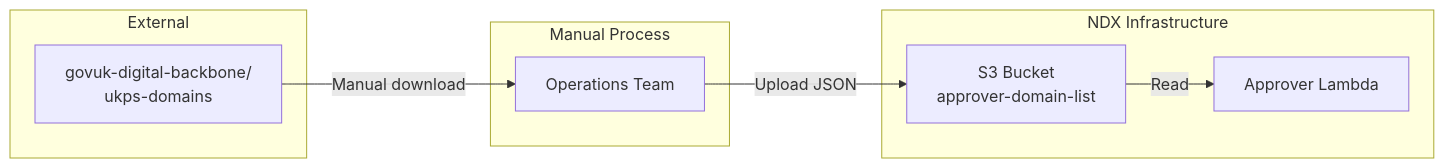
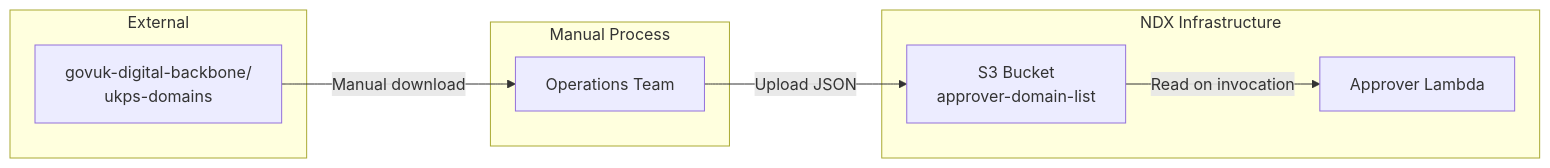
Before and after one commit to co-cddo/ndx-try-arch: the second of 4 diagrams in docs/71-external-integrations.md, drawn with Mermaid. The commit also changed other lines of this file and 41 other files, not shown here.

First line of the commit message:
docs: update NDX architecture documentation (#9)

````diff
--- a/docs/71-external-integrations.md
+++ b/docs/71-external-integrations.md
@@ -33,19 +69,19 @@
 ```mermaid
 graph LR
     subgraph "External"
         UKPS[govuk-digital-backbone/<br/>ukps-domains]
     end
 
     subgraph "NDX Infrastructure"
         S3[S3 Bucket<br/>approver-domain-list]
         Lambda[Approver Lambda]
     end
 
     subgraph "Manual Process"
         Ops[Operations Team]
     end
 
     UKPS -->|Manual download| Ops
     Ops -->|Upload JSON| S3
-    S3 -->|Read| Lambda
+    S3 -->|Read on invocation| Lambda
 ```
````
